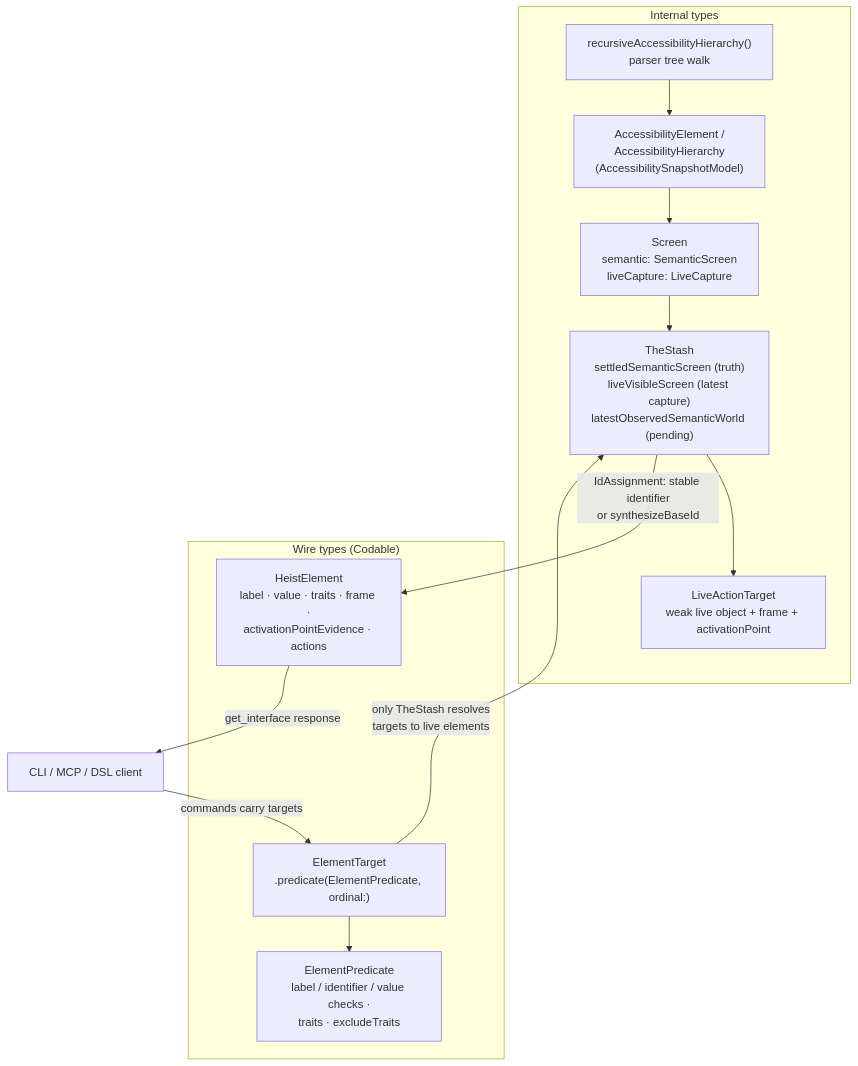
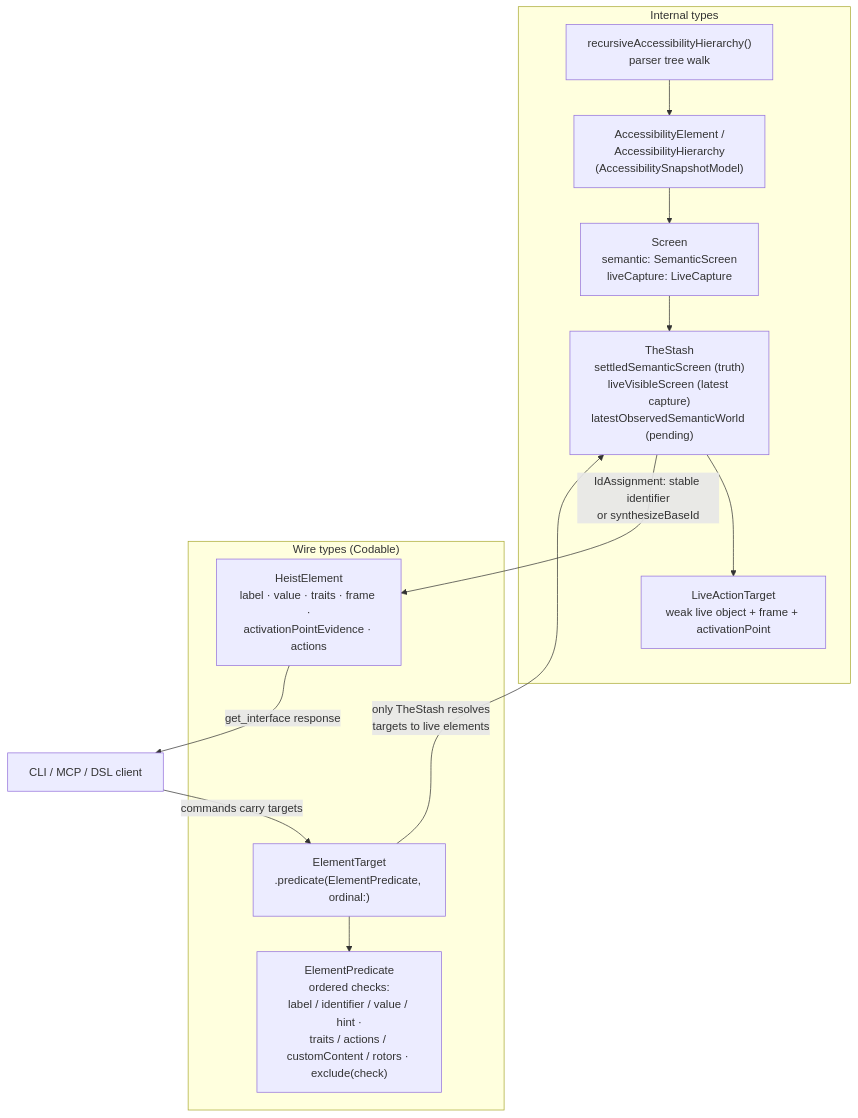
The diagram in docs/diagrams/currency-types.md (RoyalPineapple/TheButtonHeist), drawn with Mermaid before and after one commit. The commit also changed 49 other files, not shown here.

Commit message:
Unify element predicate exclusion checks

````diff
--- a/docs/diagrams/currency-types.md
+++ b/docs/diagrams/currency-types.md
@@ -8,29 +8,29 @@
 ```mermaid
 flowchart TD
     subgraph internal["Internal types"]
         WALK["recursiveAccessibilityHierarchy()<br/>parser tree walk"]
         AXE["AccessibilityElement /<br/>AccessibilityHierarchy<br/>(AccessibilitySnapshotModel)"]
         SCREEN["Screen<br/>semantic: SemanticScreen<br/>liveCapture: LiveCapture"]
         STASH["TheStash<br/>settledSemanticScreen (truth)<br/>liveVisibleScreen (latest capture)<br/>latestObservedSemanticWorld (pending)"]
         LIVET["LiveActionTarget<br/>weak live object + frame + activationPoint"]
         WALK --> AXE
         AXE --> SCREEN
         SCREEN --> STASH
         STASH --> LIVET
     end
 
     subgraph wireTypes["Wire types (Codable)"]
         HE["HeistElement<br/>label · value · traits · frame ·<br/>activationPointEvidence · actions"]
         ET["ElementTarget<br/>.predicate(ElementPredicate, ordinal:)"]
-        EP["ElementPredicate<br/>label / identifier / value checks ·<br/>traits · excludeTraits"]
+        EP["ElementPredicate<br/>ordered checks:<br/>label / identifier / value / hint ·<br/>traits / actions / customContent / rotors · exclude(check)"]
         HE ~~~ ET
         ET --> EP
     end
 
     CLIENT["CLI / MCP / DSL client"]
 
     STASH -- "IdAssignment: stable identifier<br/>or synthesizeBaseId" --> HE
     HE -- "get_interface response" --> CLIENT
     CLIENT -- "commands carry targets" --> ET
     ET -- "only TheStash resolves<br/>targets to live elements" --> STASH
 ```
````
